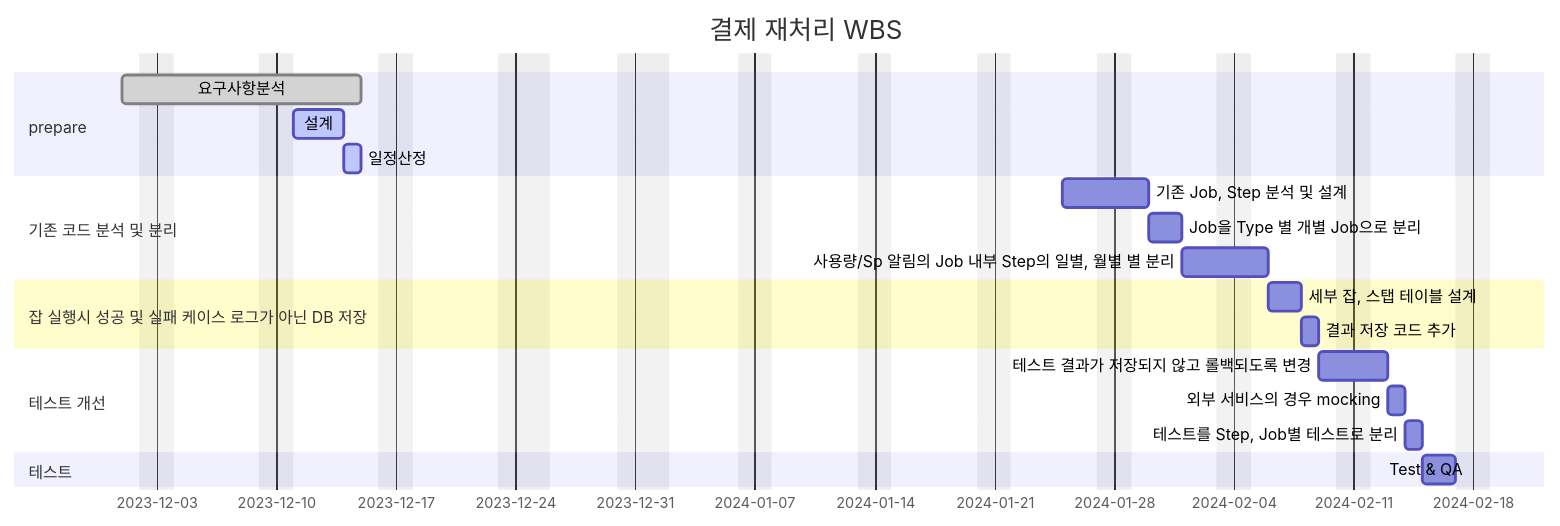
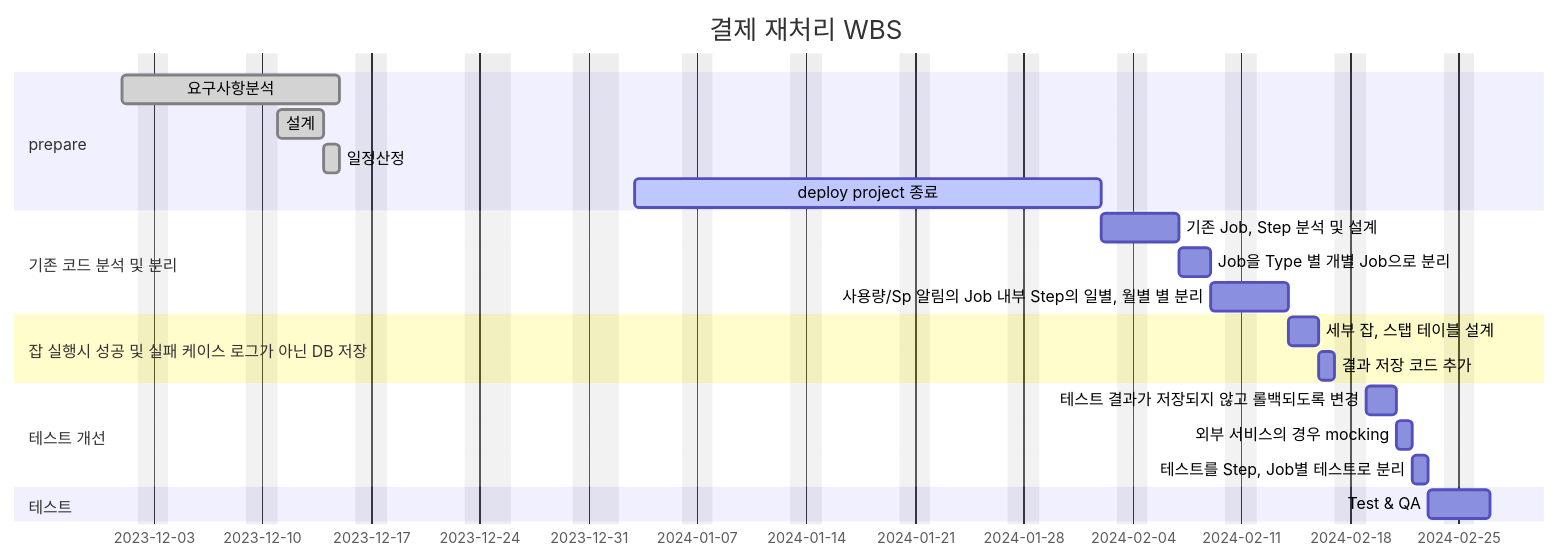
Before and after one commit to next-step/career-wbs: the seventh of 7 diagrams in WBS-Batch.md, drawn with Mermaid.

Commit message:
docs: batch 일정 deploy 내용 추가

````diff
--- a/WBS-Batch.md
+++ b/WBS-Batch.md
@@ -320,30 +320,31 @@
 ```mermaid
 gantt
     dateFormat  YYYY-MM-DD
     title       결제 재처리 WBS
     excludes    weekends, 2023-12-25, 2024-01-01
     %% (`excludes` accepts specific dates in YYYY-MM-DD format, days of the week ("sunday") or "weekends", but not the word "weekdays".)
 
     section prepare
     요구사항분석                                           :done,    des1, 2023-12-01, 10d
-    설계                                                 :active,  des2, 2023-12-11, 3d
-    일정산정                                              :active, des3, after des2, 1d
+    설계                                                 :done,  des2, 2023-12-11, 3d
+    일정산정                                              :done, des3, after des2, 1d
+    deploy project 종료                                  :active, deploy, 2024-01-03  , 22d
     
     section 기존 코드 분석 및 분리
-    기존 Job, Step 분석 및 설계                            :des4, 2024-01-25, 3d
+    기존 Job, Step 분석 및 설계                            :des4, after deploy , 3d
     Job을 Type 별 개별 Job으로 분리                        :des5, after des4, 2d
     사용량/Sp 알림의 Job 내부 Step의 일별, 월별 별 분리       :des6, after des5, 3d
 
     section 잡 실행시 성공 및 실패 케이스 로그가 아닌 DB 저장
     세부 잡, 스탭 테이블 설계                               :b1, after des6,2d
     결과 저장 코드 추가                                    :b2, after b1, 1d
 
     section 테스트 개선
     테스트 결과가 저장되지 않고 롤백되도록 변경                :c1, after b2, 2d
     외부 서비스의 경우 mocking                             :c2, after c1, 1d
     테스트를 Step, Job별 테스트로 분리                      :c3, after c2, 1d
 
     section 테스트
     Test & QA                                           :after c3, 2d
 
 ```
````
